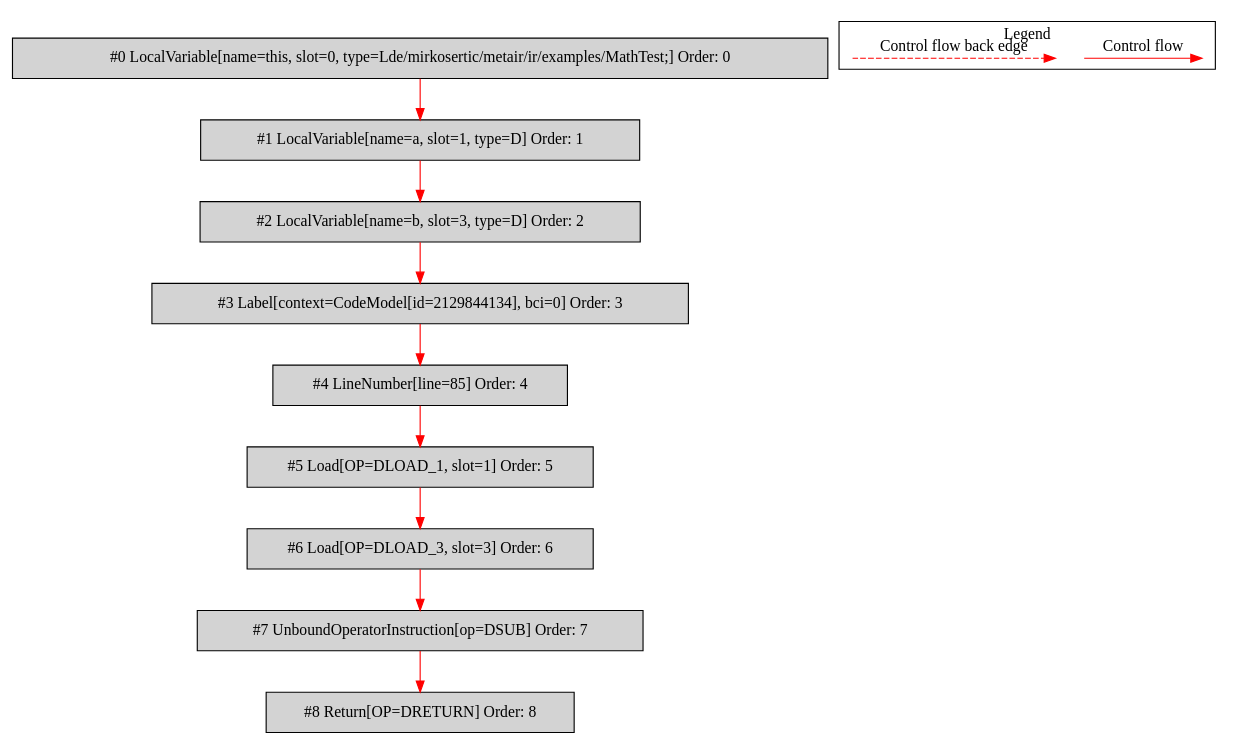
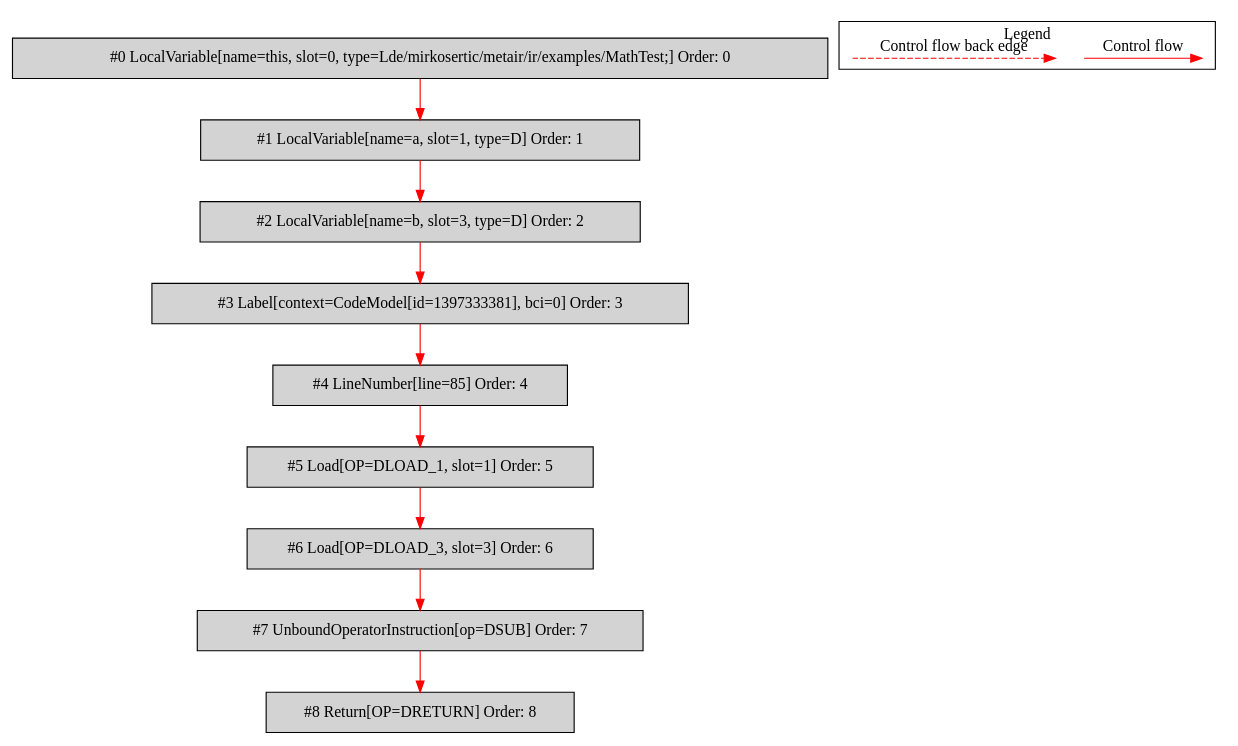
The diagram in de.mirkosertic.metair.ir.examples.MathTest/dsub/bytecodecfg.dot (mirkosertic/MetaIR), drawn with Graphviz before and after one commit. The commit also changed 1238 other files, not shown here.

```diff
--- a/de.mirkosertic.metair.ir.examples.MathTest/dsub/bytecodecfg.dot
+++ b/de.mirkosertic.metair.ir.examples.MathTest/dsub/bytecodecfg.dot
@@ -1,34 +1,34 @@
 digraph {
  ordering="in";
  node0[label="#0 LocalVariable[name=this, slot=0, type=Lde/mirkosertic/metair/ir/examples/MathTest;] Order: 0", shape=box, fillcolor=lightgrey, style=filled];
  node1[label="#1 LocalVariable[name=a, slot=1, type=D] Order: 1", shape=box, fillcolor=lightgrey, style=filled];
  node2[label="#2 LocalVariable[name=b, slot=3, type=D] Order: 2", shape=box, fillcolor=lightgrey, style=filled];
- node3[label="#3 Label[context=CodeModel[id=2129844134], bci=0] Order: 3", shape=box, fillcolor=lightgrey, style=filled];
+ node3[label="#3 Label[context=CodeModel[id=1397333381], bci=0] Order: 3", shape=box, fillcolor=lightgrey, style=filled];
  node4[label="#4 LineNumber[line=85] Order: 4", shape=box, fillcolor=lightgrey, style=filled];
  node5[label="#5 Load[OP=DLOAD_1, slot=1] Order: 5", shape=box, fillcolor=lightgrey, style=filled];
  node6[label="#6 Load[OP=DLOAD_3, slot=3] Order: 6", shape=box, fillcolor=lightgrey, style=filled];
  node7[label="#7 UnboundOperatorInstruction[op=DSUB] Order: 7", shape=box, fillcolor=lightgrey, style=filled];
  node8[label="#8 Return[OP=DRETURN] Order: 8", shape=box, fillcolor=lightgrey, style=filled];
  node0 -> node1[color=red];
  node1 -> node2[color=red];
  node2 -> node3[color=red];
  node3 -> node4[color=red];
  node4 -> node5[color=red];
  node5 -> node6[color=red];
  node6 -> node7[color=red];
  node7 -> node8[color=red];
  subgraph cluster_000 {
   label = "Legend";
   node [shape=point]
   {
    rank=same;
    c0 [style = invis];
    c1 [style = invis];
    c2 [style = invis];
    c3 [style = invis];
   }
   c0 -> c1 [label="Control flow", style=solid, color=red]
   c2 -> c3 [label="Control flow back edge", style=dashed, color=red]
  }
 
 }
```
